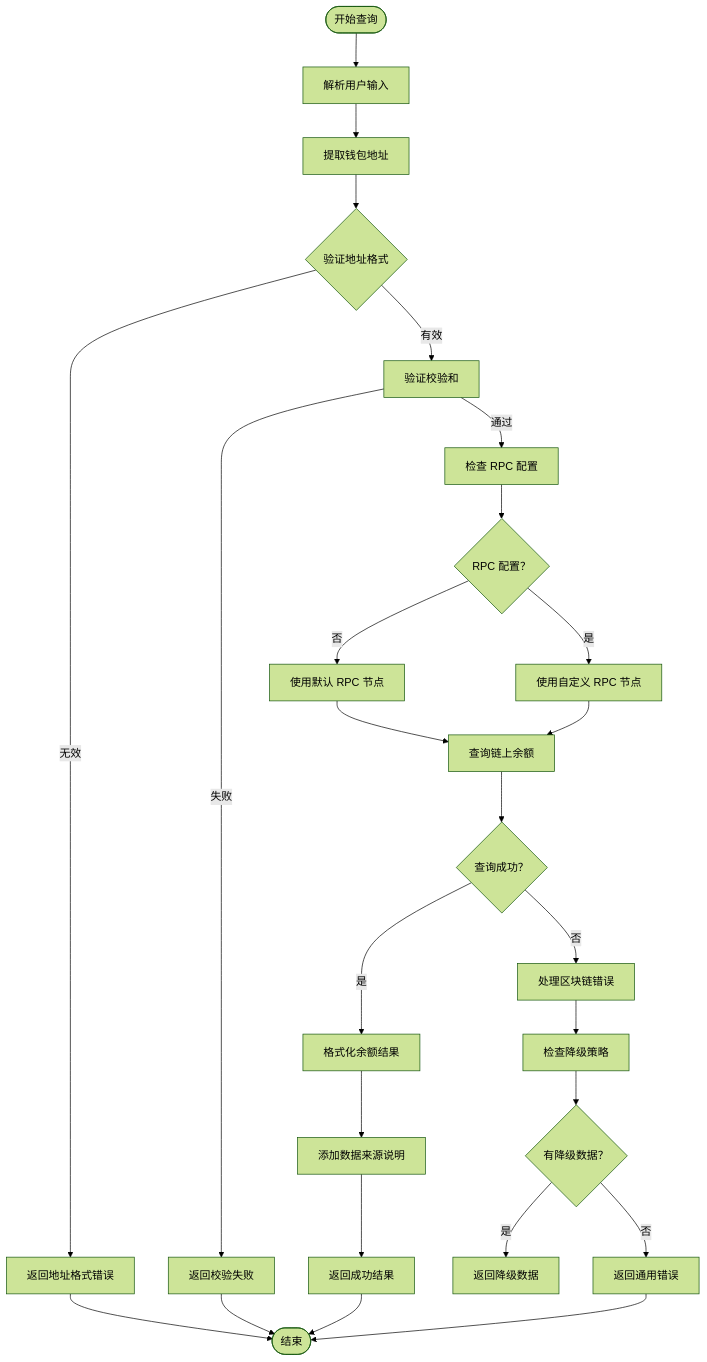
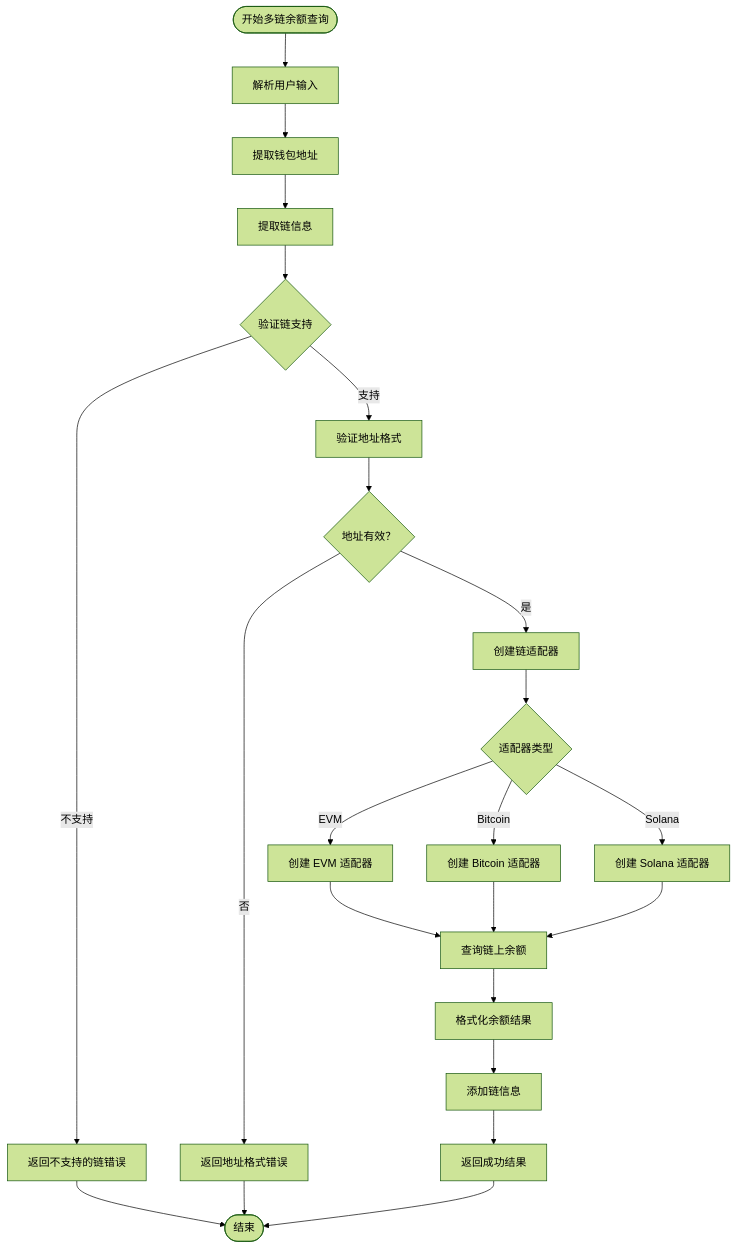
Before and after one commit to CryptoLinxu/Web3-AI-Agent: the ninth of 12 diagrams in .qoder/repowiki/zh/content/Web3工具集成/核心Web3工具实现/核心Web3工具实现.md, drawn with Mermaid (forest theme). The commit also changed other lines of this file and 9 other files, not shown here.

````diff
--- a/.qoder/repowiki/zh/content/Web3工具集成/核心Web3工具实现/核心Web3工具实现.md
+++ b/.qoder/repowiki/zh/content/Web3工具集成/核心Web3工具实现/核心Web3工具实现.md
@@ -212,28 +495,25 @@
 ```mermaid
 flowchart TD
-Start([开始查询]) --> ParseInput["解析用户输入"]
+Start([开始多链余额查询]) --> ParseInput["解析用户输入"]
 ParseInput --> ExtractAddress["提取钱包地址"]
-ExtractAddress --> ValidateFormat{"验证地址格式"}
-ValidateFormat --> |无效| ReturnInvalid["返回地址格式错误"]
-ValidateFormat --> |有效| ValidateChecksum["验证校验和"]
-ValidateChecksum --> |失败| ReturnChecksum["返回校验失败"]
-ValidateChecksum --> |通过| CheckRPC["检查 RPC 配置"]
-CheckRPC --> RPCConfigured{"RPC 配置？"}
-RPCConfigured --> |否| UseDefault["使用默认 RPC 节点"]
-RPCConfigured --> |是| UseCustom["使用自定义 RPC 节点"]
-UseDefault --> QueryBalance["查询链上余额"]
-UseCustom --> QueryBalance
-QueryBalance --> BalanceSuccess{"查询成功？"}
-BalanceSuccess --> |否| HandleBlockchainError["处理区块链错误"]
-BalanceSuccess --> |是| FormatResult["格式化余额结果"]
-FormatResult --> AddSource["添加数据来源说明"]
-AddSource --> ReturnSuccess["返回成功结果"]
-HandleBlockchainError --> CheckFallback["检查降级策略"]
-CheckFallback --> FallbackAvailable{"有降级数据？"}
-FallbackAvailable --> |是| ReturnFallback["返回降级数据"]
-FallbackAvailable --> |否| ReturnError["返回通用错误"]
-ReturnInvalid --> End([结束])
-ReturnChecksum --> End
+ExtractAddress --> ExtractChain["提取链信息"]
+ExtractChain --> ValidateChain{"验证链支持"}
+ValidateChain --> |不支持| ReturnChainError["返回不支持的链错误"]
+ValidateChain --> |支持| ValidateAddress["验证地址格式"]
+ValidateAddress --> AddressValid{"地址有效？"}
+AddressValid --> |否| ReturnAddressError["返回地址格式错误"]
+AddressValid --> |是| CreateAdapter["创建链适配器"]
+CreateAdapter --> AdapterType{"适配器类型"}
+AdapterType --> |EVM| EVMAdapter["创建 EVM 适配器"]
+AdapterType --> |Bitcoin| BitcoinAdapter["创建 Bitcoin 适配器"]
+AdapterType --> |Solana| SolanaAdapter["创建 Solana 适配器"]
+EVMAdapter --> QueryBalance["查询链上余额"]
+BitcoinAdapter --> QueryBalance
+SolanaAdapter --> QueryBalance
+QueryBalance --> FormatResult["格式化余额结果"]
+FormatResult --> AddChainInfo["添加链信息"]
+AddChainInfo --> ReturnSuccess["返回成功结果"]
+ReturnChainError --> End([结束])
+ReturnAddressError --> End
 ReturnSuccess --> End
-ReturnError --> End
 ```
````
